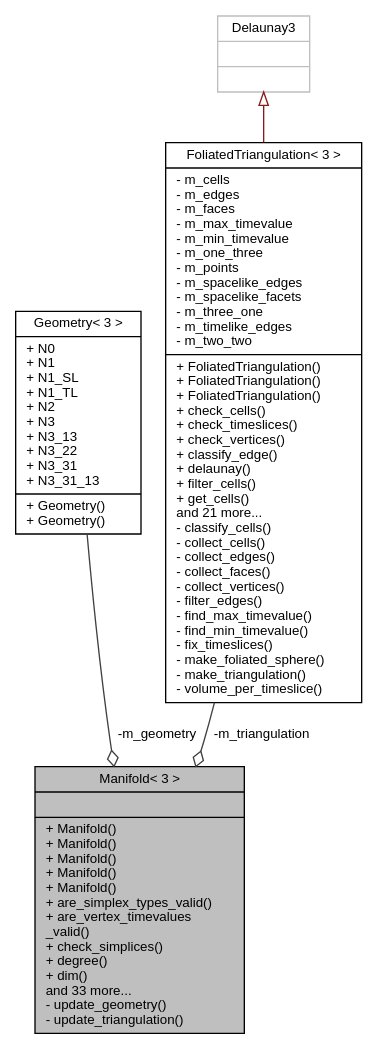
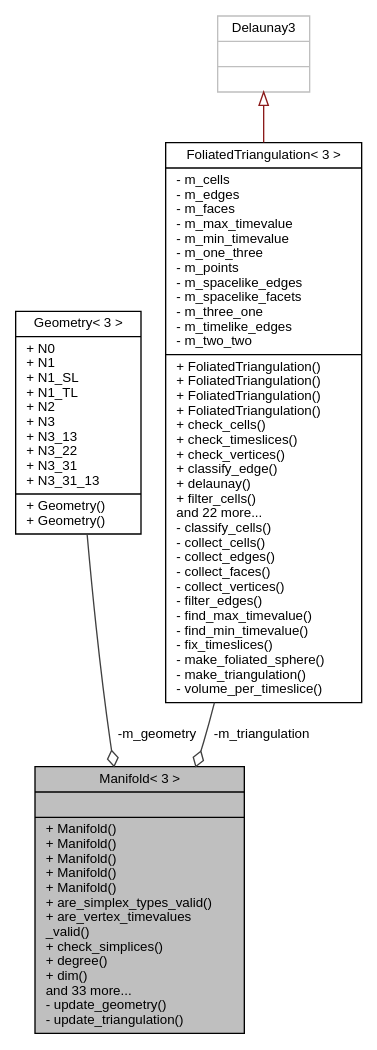
One commit to acgetchell/CDT-plusplus changed the diagram in class_manifold_3_013_01_4__coll__graph.dot. Above: the diagram before and after it, drawn with Graphviz. The commit also changed 182 other files, not shown here.

```diff
--- a/class_manifold_3_013_01_4__coll__graph.dot
+++ b/class_manifold_3_013_01_4__coll__graph.dot
@@ -1,13 +1,13 @@
 digraph "Manifold&lt; 3 &gt;"
 {
  // LATEX_PDF_SIZE
   edge [fontname="Helvetica",fontsize="10",labelfontname="Helvetica",labelfontsize="10"];
   node [fontname="Helvetica",fontsize="10",shape=record];
   Node1 [label="{Manifold\< 3 \>\n||+ Manifold()\l+ Manifold()\l+ Manifold()\l+ Manifold()\l+ Manifold()\l+ are_simplex_types_valid()\l+ are_vertex_timevalues\l_valid()\l+ check_simplices()\l+ degree()\l+ dim()\land 33 more...\l- update_geometry()\l- update_triangulation()\l}",height=0.2,width=0.4,color="black", fillcolor="grey75", style="filled", fontcolor="black",tooltip="3D Manifold"];
   Node2 -> Node1 [color="grey25",fontsize="10",style="solid",label=" -m_geometry" ,arrowhead="odiamond",fontname="Helvetica"];
   Node2 [label="{Geometry\< 3 \>\n|+ N0\l+ N1\l+ N1_SL\l+ N1_TL\l+ N2\l+ N3\l+ N3_13\l+ N3_22\l+ N3_31\l+ N3_31_13\l|+ Geometry()\l+ Geometry()\l}",height=0.2,width=0.4,color="black", fillcolor="white", style="filled",URL="$struct_geometry_3_013_01_4.html",tooltip="3D Geometry"];
   Node3 -> Node1 [color="grey25",fontsize="10",style="solid",label=" -m_triangulation" ,arrowhead="odiamond",fontname="Helvetica"];
-  Node3 [label="{FoliatedTriangulation\< 3 \>\n|- m_cells\l- m_edges\l- m_faces\l- m_max_timevalue\l- m_min_timevalue\l- m_one_three\l- m_points\l- m_spacelike_edges\l- m_spacelike_facets\l- m_three_one\l- m_timelike_edges\l- m_two_two\l|+ FoliatedTriangulation()\l+ FoliatedTriangulation()\l+ FoliatedTriangulation()\l+ check_cells()\l+ check_timeslices()\l+ check_vertices()\l+ classify_edge()\l+ delaunay()\l+ filter_cells()\l+ get_cells()\land 21 more...\l- classify_cells()\l- collect_cells()\l- collect_edges()\l- collect_faces()\l- collect_vertices()\l- filter_edges()\l- find_max_timevalue()\l- find_min_timevalue()\l- fix_timeslices()\l- make_foliated_sphere()\l- make_triangulation()\l- volume_per_timeslice()\l}",height=0.2,width=0.4,color="black", fillcolor="white", style="filled",URL="$class_foliated_triangulation_3_013_01_4.html",tooltip="3D Triangulation"];
+  Node3 [label="{FoliatedTriangulation\< 3 \>\n|- m_cells\l- m_edges\l- m_faces\l- m_max_timevalue\l- m_min_timevalue\l- m_one_three\l- m_points\l- m_spacelike_edges\l- m_spacelike_facets\l- m_three_one\l- m_timelike_edges\l- m_two_two\l|+ FoliatedTriangulation()\l+ FoliatedTriangulation()\l+ FoliatedTriangulation()\l+ FoliatedTriangulation()\l+ check_cells()\l+ check_timeslices()\l+ check_vertices()\l+ classify_edge()\l+ delaunay()\l+ filter_cells()\land 22 more...\l- classify_cells()\l- collect_cells()\l- collect_edges()\l- collect_faces()\l- collect_vertices()\l- filter_edges()\l- find_max_timevalue()\l- find_min_timevalue()\l- fix_timeslices()\l- make_foliated_sphere()\l- make_triangulation()\l- volume_per_timeslice()\l}",height=0.2,width=0.4,color="black", fillcolor="white", style="filled",URL="$class_foliated_triangulation_3_013_01_4.html",tooltip="3D Triangulation"];
   Node4 -> Node3 [dir="back",color="firebrick4",fontsize="10",style="solid",arrowtail="onormal",fontname="Helvetica"];
   Node4 [label="{Delaunay3\n||}",height=0.2,width=0.4,color="grey75", fillcolor="white", style="filled",tooltip=" "];
 }
```
